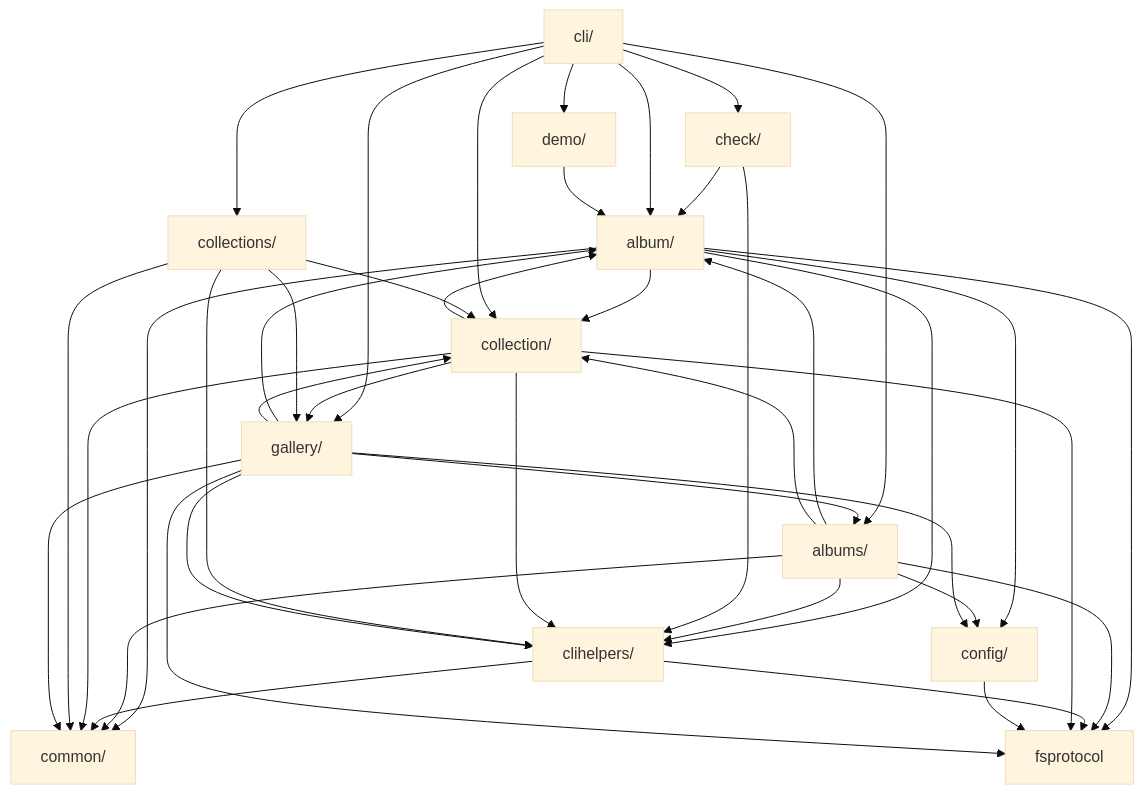
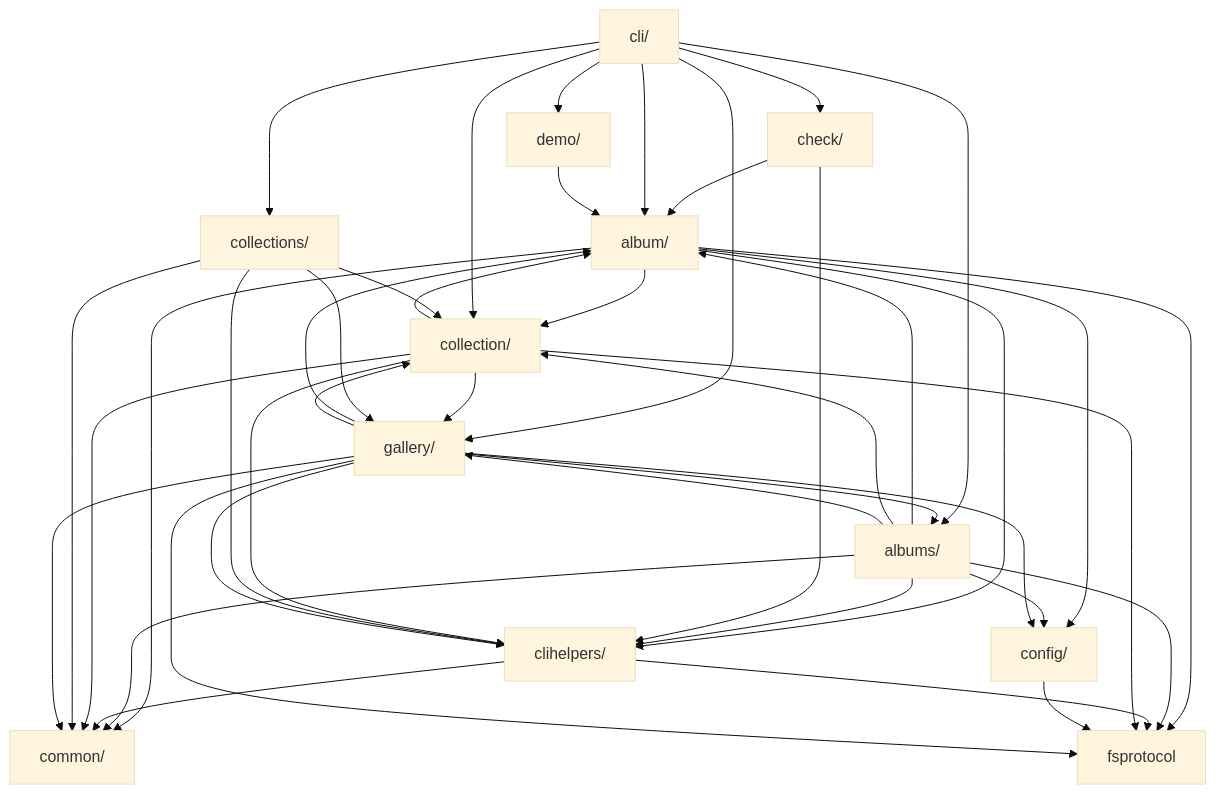
Before and after one commit to iglootools/photree: the diagram in docs/architecture.md, drawn with Mermaid (base theme). The commit also changed 5 other files, not shown here.

````diff
--- a/docs/architecture.md
+++ b/docs/architecture.md
@@ -17,56 +17,57 @@
 ```mermaid
 graph TD
     album["album/"]
     albums["albums/"]
     check["check/"]
     cli["cli/"]
     clihelpers["clihelpers/"]
     collection["collection/"]
     collections["collections/"]
     common["common/"]
     config["config/"]
     demo["demo/"]
     fsprotocol["fsprotocol"]
     gallery["gallery/"]
 
     album --> clihelpers
     album --> collection
     album --> common
     album --> config
     album --> fsprotocol
     albums --> album
     albums --> clihelpers
     albums --> collection
     albums --> common
     albums --> config
     albums --> fsprotocol
+    albums --> gallery
     check --> album
     check --> clihelpers
     cli --> album
     cli --> albums
     cli --> check
     cli --> collection
     cli --> collections
     cli --> demo
     cli --> gallery
     clihelpers --> common
     clihelpers --> fsprotocol
     collection --> album
     collection --> clihelpers
     collection --> common
     collection --> fsprotocol
     collection --> gallery
     collections --> clihelpers
     collections --> collection
     collections --> common
     collections --> gallery
     config --> fsprotocol
     demo --> album
     gallery --> album
     gallery --> albums
     gallery --> clihelpers
     gallery --> collection
     gallery --> common
     gallery --> config
     gallery --> fsprotocol
 ```
````
